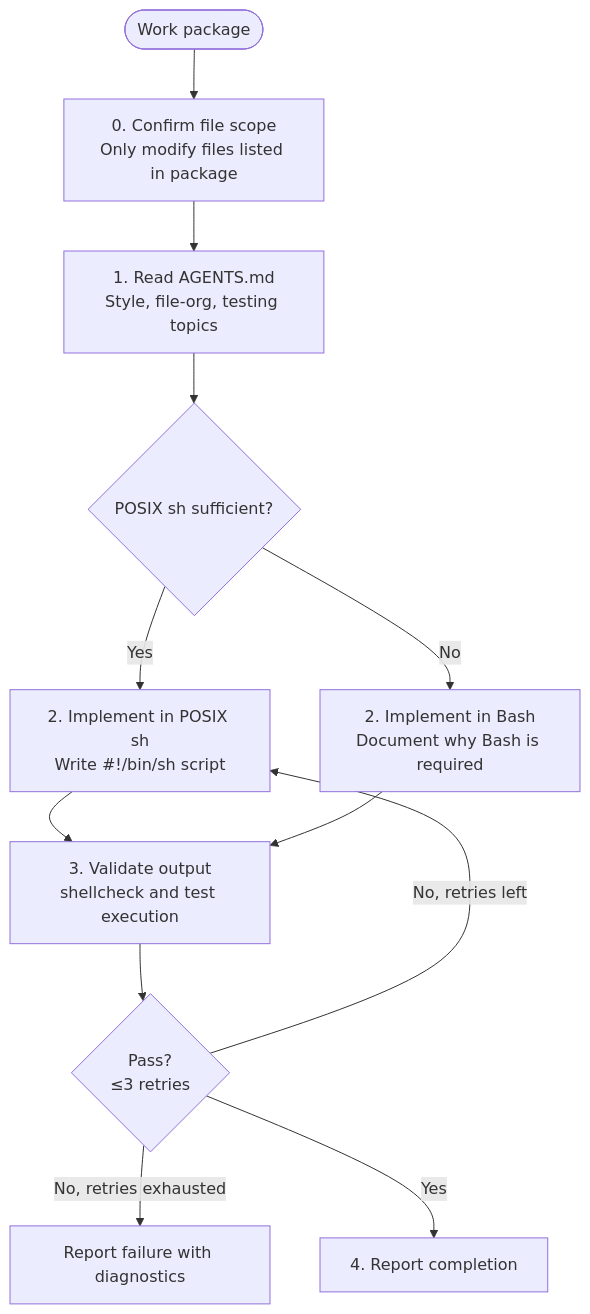
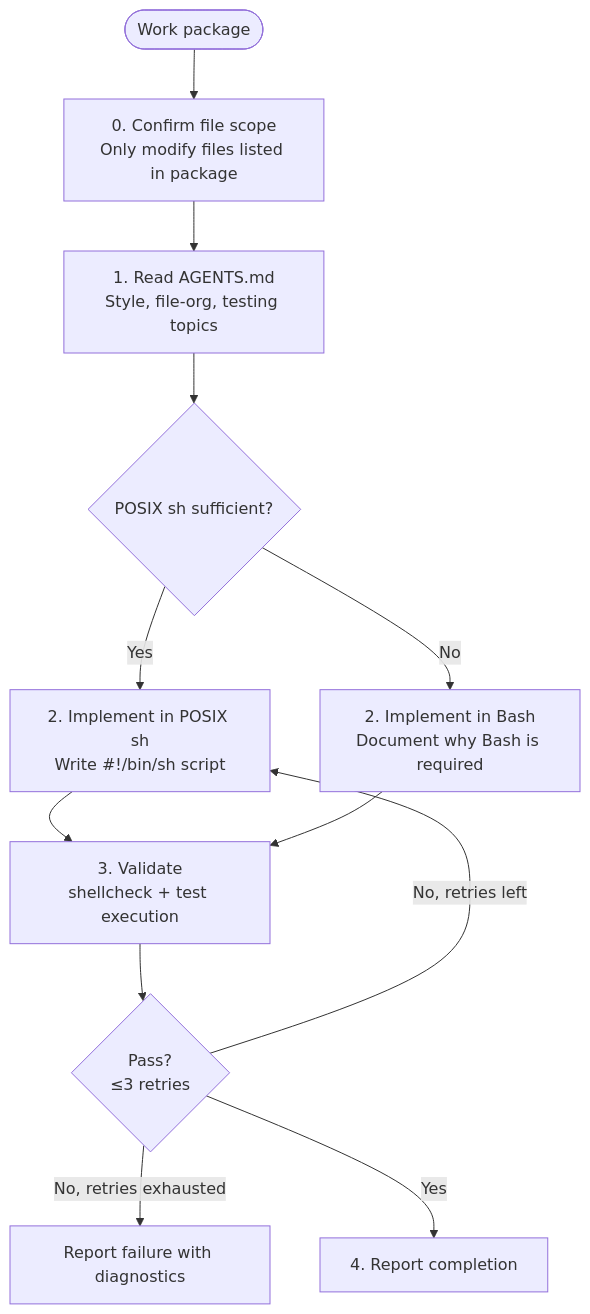
One commit to juliankahlert/opencode-config changed the diagram in pages/src/absurd/shell-coder.md. Above: the diagram before and after it, drawn with Mermaid. The commit also changed other lines of this file and 17 other files, not shown here.

````diff
--- a/pages/src/absurd/shell-coder.md
+++ b/pages/src/absurd/shell-coder.md
@@ -31,14 +38,14 @@
 ```mermaid
 flowchart TD
     REQ([Work package]) --> SCOPE[<span>0.</span> Confirm file scope<br/>Only modify files listed in package]
     SCOPE --> AGENTS[<span>1.</span> Read AGENTS.md<br/>Style, file-org, testing topics]
     AGENTS --> POSIX{POSIX sh sufficient?}
     POSIX -->|Yes| SHIMPL[<span>2.</span> Implement in POSIX sh<br/>Write #!/bin/sh script]
     POSIX -->|No| BASHIMPL[<span>2.</span> Implement in Bash<br/>Document why Bash is required]
-    SHIMPL --> VALIDATE[<span>3.</span> Validate output<br/>shellcheck and test execution]
+    SHIMPL --> VALIDATE[<span>3.</span> Validate<br/>shellcheck + test execution]
     BASHIMPL --> VALIDATE
     VALIDATE --> VPASS{Pass?<br/>≤3 retries}
     VPASS -->|No, retries left| SHIMPL
     VPASS -->|No, retries exhausted| FAIL[Report failure with diagnostics]
     VPASS -->|Yes| REPORT[<span>4.</span> Report completion]
 ```
````
